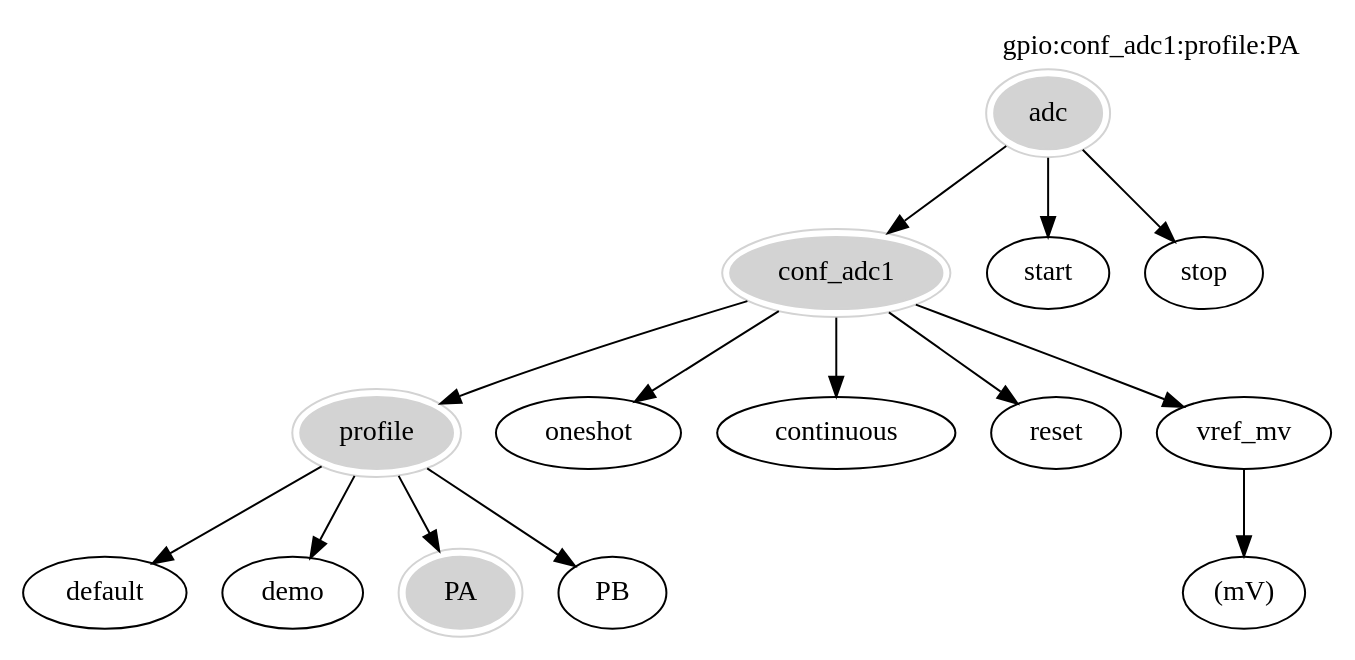
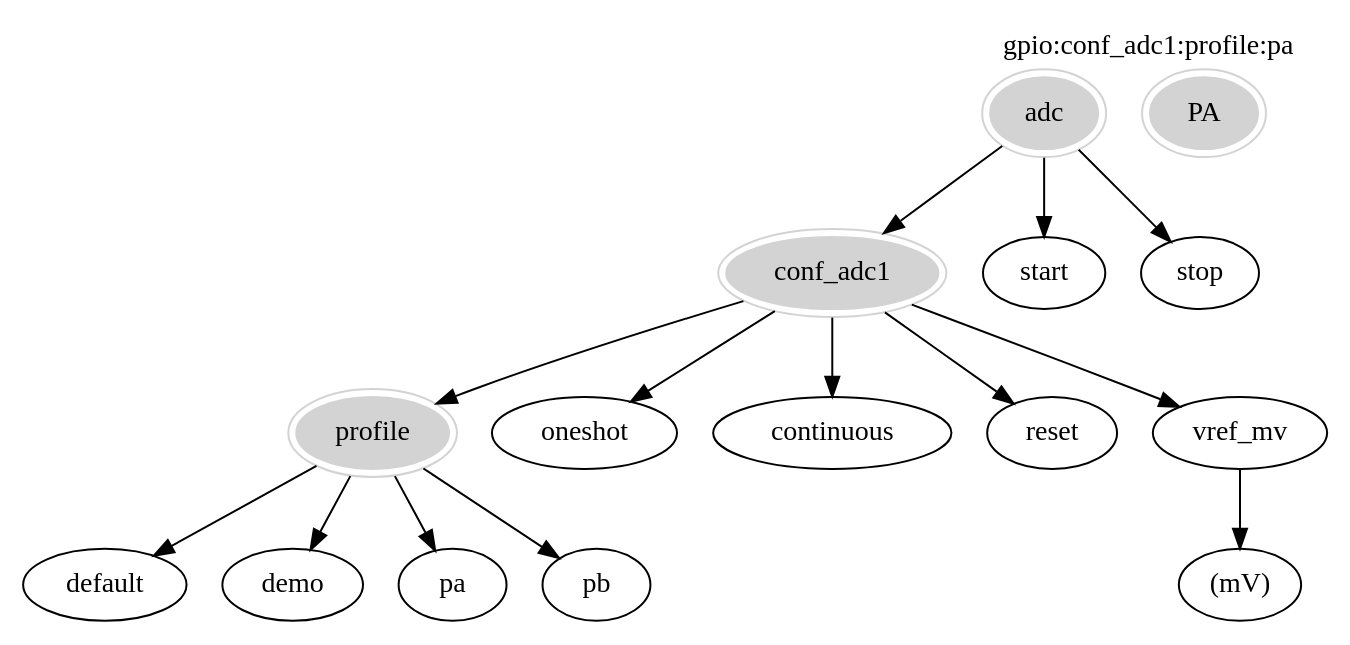
One commit to marionette-daq/marionette-firmware changed the diagram in Doc/fetch_adc_example_profile.dot. Above: the diagram before and after it, drawn with Graphviz. The commit also changed 3 other files, not shown here.

Commit message:
Update example diagrams

```diff
--- a/Doc/fetch_adc_example_profile.dot
+++ b/Doc/fetch_adc_example_profile.dot
@@ -1,24 +1,24 @@
 digraph Fetch {
         graph [fontname="lucidasans-bold-14"];
         node [fontname="lucidasans-bold-14"];
 	adc   -> conf_adc1;
 	adc   -> start;
 	adc   -> stop;
 	conf_adc1   -> profile;
 	conf_adc1   -> oneshot;
 	conf_adc1   -> continuous;
 	conf_adc1   -> reset;
 	conf_adc1   -> vref_mv;
 	profile     -> default;
 	profile     -> demo;
-	profile     -> PA;
-	profile     -> PB;
+	profile     -> pa;
+	profile     -> pb;
 	vref_mv     -> "(mV)"
   	adc [color=lightgrey, peripheries=2, style=filled];
   	conf_adc1 [color=lightgrey, peripheries=2, style=filled];
   	profile [color=lightgrey, peripheries=2, style=filled];
   	PA [color=lightgrey, peripheries=2, style=filled];
-	label="gpio:conf_adc1:profile:PA"
+	label="gpio:conf_adc1:profile:pa"
   	labelloc=top;
   	labeljust=right;
 }
```
